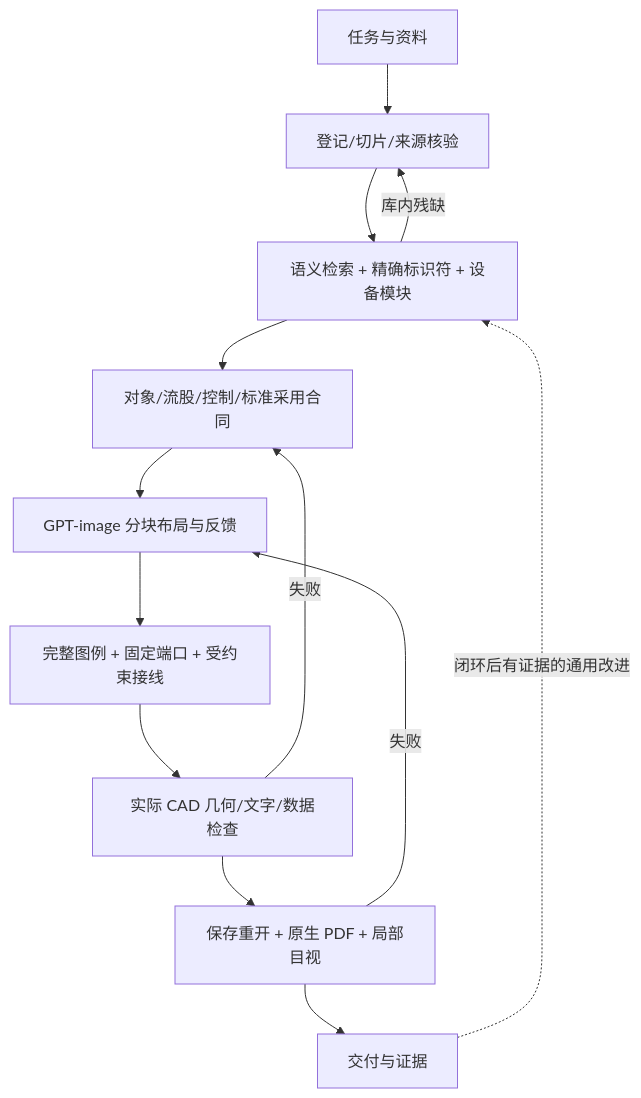
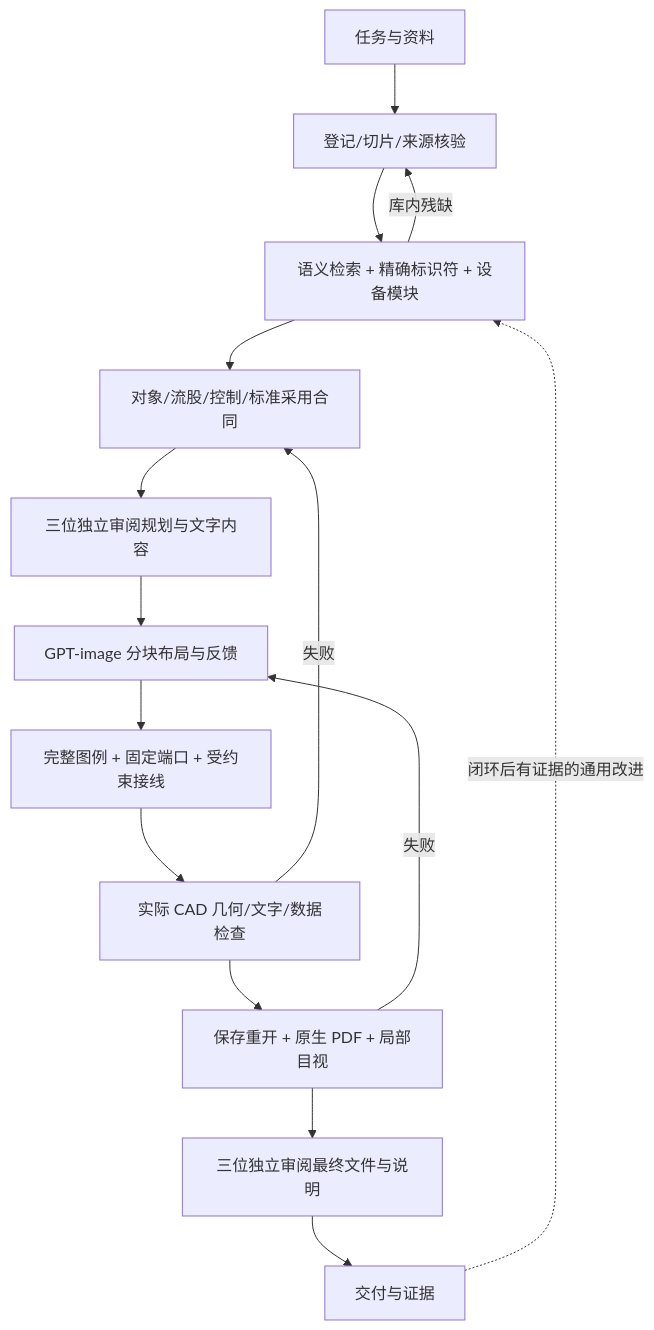
One commit to milklong888/gpt-image-chemical-pfd-pid changed the diagram in README.md. Above: the diagram before and after it, drawn with Mermaid. The commit also changed other lines of this file and 7 other files, not shown here.

````diff
--- a/README.md
+++ b/README.md
@@ -15,15 +15,17 @@
 ```mermaid
 flowchart TD
   A[任务与资料] --> B[登记/切片/来源核验]
   B --> C[语义检索 + 精确标识符 + 设备模块]
   C --> D[对象/流股/控制/标准采用合同]
-  D --> E[GPT-image 分块布局与反馈]
+  D --> R[三位独立审阅规划与文字内容]
+  R --> E[GPT-image 分块布局与反馈]
   E --> F[完整图例 + 固定端口 + 受约束接线]
   F --> G[实际 CAD 几何/文字/数据检查]
   G --> H[保存重开 + 原生 PDF + 局部目视]
-  H --> I[交付与证据]
+  H --> V[三位独立审阅最终文件与说明]
+  V --> I[交付与证据]
   C -->|库内残缺| B
   G -->|失败| D
   H -->|失败| E
   I -.闭环后有证据的通用改进.-> C
 ```
````
